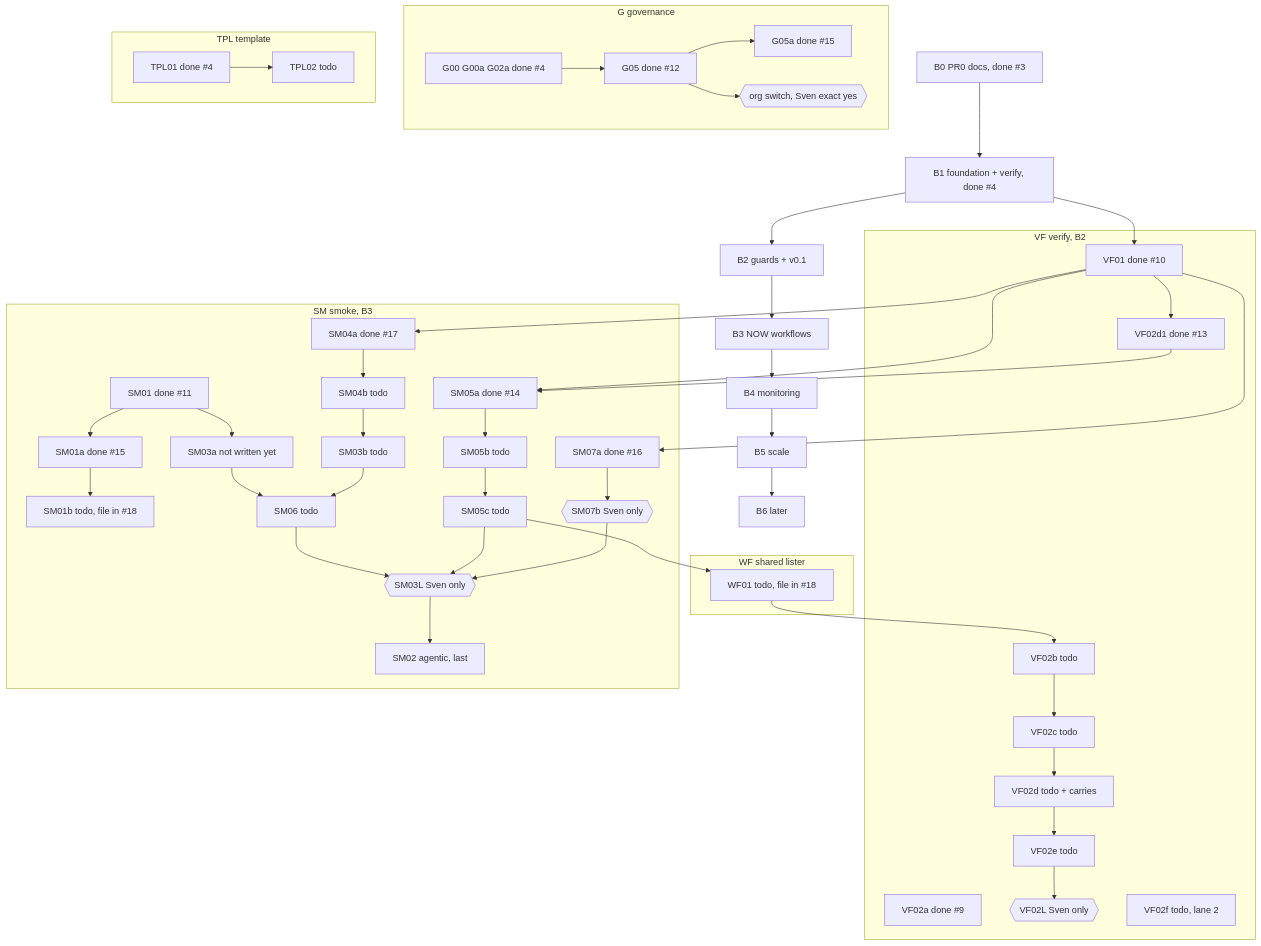
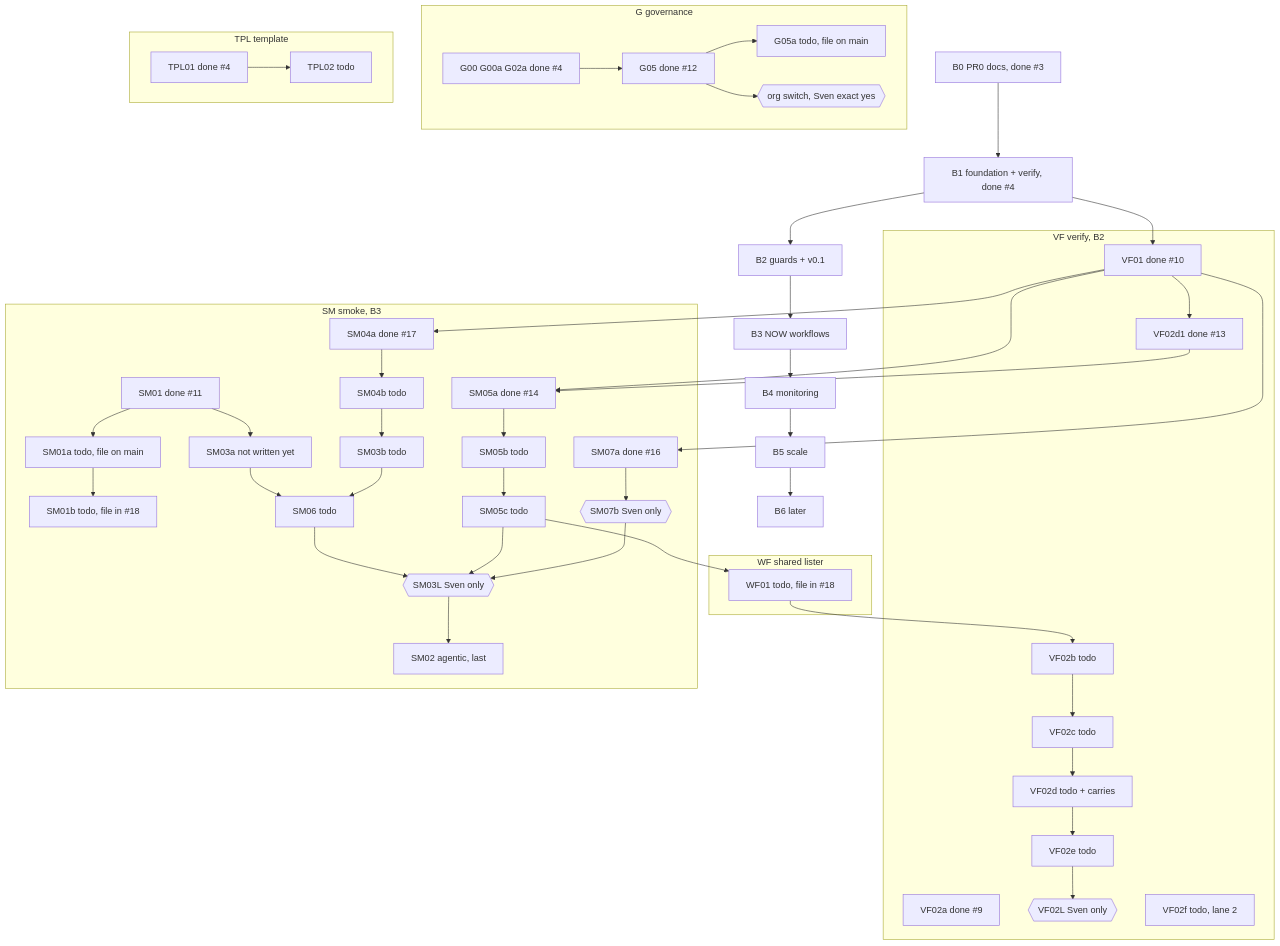
One commit to svennijhuis/agentic-workflows changed the diagram in docs/ROADMAP.md. Above: the diagram before and after it, drawn with Mermaid. The commit also changed other lines of this file, not shown here.

Commit message:
ROADMAP r2: Cursor 5694968132 f1 to f6 (SM01a and G05a todo, steps 0x2 to SM07a, SM05 merge note, kind field, section 3 heading)

````diff
--- a/docs/ROADMAP.md
+++ b/docs/ROADMAP.md
@@ -17,52 +17,52 @@
 ```mermaid
 flowchart TD
   B0[B0 PR0 docs, done #3] --> B1[B1 foundation + verify, done #4]
   B1 --> B2[B2 guards + v0.1]
   B2 --> B3[B3 NOW workflows]
   B3 --> B4[B4 monitoring]
   B4 --> B5[B5 scale]
   B5 --> B6[B6 later]
 
   subgraph VF[VF verify, B2]
     VF01[VF01 done #10] --> VF02d1[VF02d1 done #13]
     VF02a[VF02a done #9]
     VF02b[VF02b todo] --> VF02c[VF02c todo] --> VF02d[VF02d todo + carries] --> VF02e[VF02e todo] --> VF02L{{VF02L Sven only}}
     VF02f[VF02f todo, lane 2]
   end
 
   subgraph SM[SM smoke, B3]
-    SM01[SM01 done #11] --> SM01a[SM01a done #15] --> SM01b[SM01b todo, file in #18]
+    SM01[SM01 done #11] --> SM01a[SM01a todo, file on main] --> SM01b[SM01b todo, file in #18]
     SM05a[SM05a done #14] --> SM05b[SM05b todo] --> SM05c[SM05c todo]
     SM07a[SM07a done #16] --> SM07b{{SM07b Sven only}}
     SM04a[SM04a done #17] --> SM04b[SM04b todo]
     SM01 --> SM03a[SM03a not written yet]
     SM04b --> SM03b[SM03b todo]
     SM03a --> SM06[SM06 todo]
     SM03b --> SM06
     SM06 --> SM03L{{SM03L Sven only}}
     SM05c --> SM03L
     SM07b --> SM03L
     SM03L --> SM02[SM02 agentic, last]
   end
 
   subgraph WF[WF shared lister]
     WF01[WF01 todo, file in #18]
   end
 
   subgraph G[G governance]
-    G00[G00 G00a G02a done #4] --> G05[G05 done #12] --> G05a[G05a done #15]
+    G00[G00 G00a G02a done #4] --> G05[G05 done #12] --> G05a[G05a todo, file on main]
     G05 --> GSW{{org switch, Sven exact yes}}
   end
 
   subgraph TPL[TPL template]
     TPL01[TPL01 done #4] --> TPL02[TPL02 todo]
   end
 
   VF01 --> SM05a
   VF02d1 --> SM05a
   SM05c --> WF01
   WF01 --> VF02b
   VF01 --> SM07a
   VF01 --> SM04a
   B1 --> VF01
 ```
````
